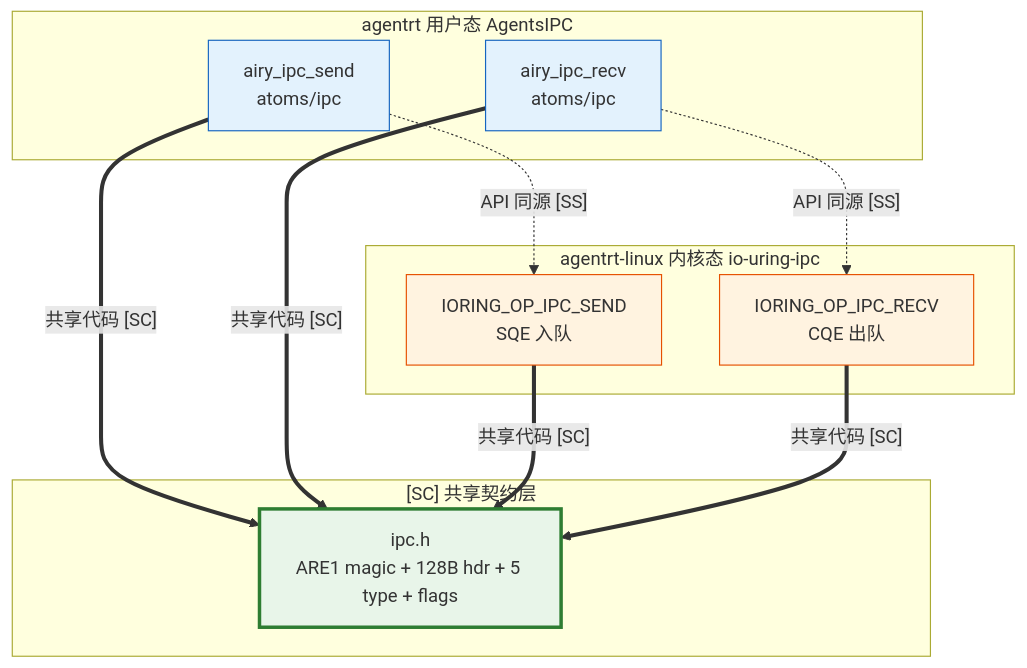
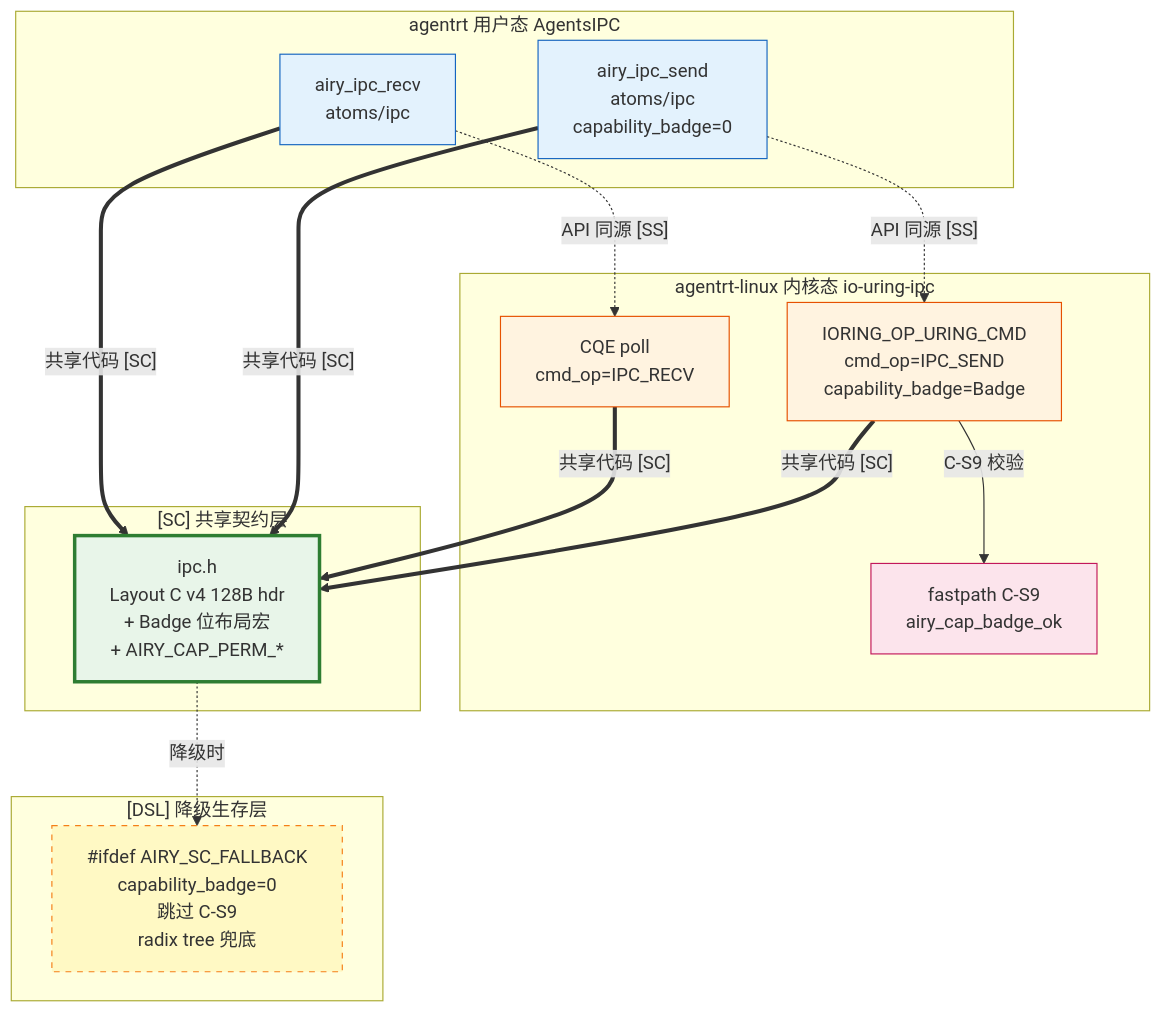
The diagram in 30-interfaces/02-ipc-protocol.md (openairymax/docs-linux), drawn with Mermaid before and after one commit. The commit also changed other lines of this file and 61 other files, not shown here.

Commit message:
docs: 完成v1.1 Capability Folding全量文档对齐 本次提交完成所有文档的v1.1 Capability Folding对齐更新： 1. 统一替换AIRY_IPC_HDR_SZ为AIRY_IPC_HDR_SIZE 2. 更新syscalls.h文档描述为4核心+20预留槽位

````diff
--- a/30-interfaces/02-ipc-protocol.md
+++ b/30-interfaces/02-ipc-protocol.md
@@ -495,29 +665,38 @@
 ```mermaid
 graph TB
     subgraph "agentrt 用户态 AgentsIPC"
-        RT_SEND[airy_ipc_send<br/>atoms/ipc]
+        RT_SEND[airy_ipc_send<br/>atoms/ipc<br/>capability_badge=0]
         RT_RECV[airy_ipc_recv<br/>atoms/ipc]
     end
 
     subgraph "agentrt-linux 内核态 io-uring-ipc"
-        OS_SQE[IORING_OP_IPC_SEND<br/>SQE 入队]
-        OS_CQE[IORING_OP_IPC_RECV<br/>CQE 出队]
+        OS_SQE[IORING_OP_URING_CMD<br/>cmd_op=IPC_SEND<br/>capability_badge=Badge]
+        OS_CQE[CQE poll<br/>cmd_op=IPC_RECV]
+        OS_CSFastpath[fastpath C-S9<br/>airy_cap_badge_ok]
     end
 
     subgraph "[SC] 共享契约层"
-        SC[ipc.h<br/>ARE1 magic + 128B hdr + 5 type + flags]
+        SC[ipc.h<br/>Layout C v4 128B hdr<br/>+ Badge 位布局宏<br/>+ AIRY_CAP_PERM_*]
+    end
+
+    subgraph "[DSL] 降级生存层"
+        DSL["#ifdef AIRY_SC_FALLBACK<br/>capability_badge=0<br/>跳过 C-S9<br/>radix tree 兜底"]
     end
 
     RT_SEND -.->|"API 同源 [SS]"| OS_SQE
     RT_RECV -.->|"API 同源 [SS]"| OS_CQE
     RT_SEND ==>|"共享代码 [SC]"| SC
     RT_RECV ==>|"共享代码 [SC]"| SC
     OS_SQE ==>|"共享代码 [SC]"| SC
     OS_CQE ==>|"共享代码 [SC]"| SC
+    OS_SQE -->|"C-S9 校验"| OS_CSFastpath
+    SC -.->|"降级时"| DSL
 
     style SC fill:#e8f5e9,stroke:#2e7d32,stroke-width:3px
     style RT_SEND fill:#e3f2fd,stroke:#1565c0
     style RT_RECV fill:#e3f2fd,stroke:#1565c0
     style OS_SQE fill:#fff3e0,stroke:#e65100
     style OS_CQE fill:#fff3e0,stroke:#e65100
+    style OS_CSFastpath fill:#fce4ec,stroke:#c2185b
+    style DSL fill:#fff9c4,stroke:#f57f17,stroke-dasharray: 5 5
 ```
````
